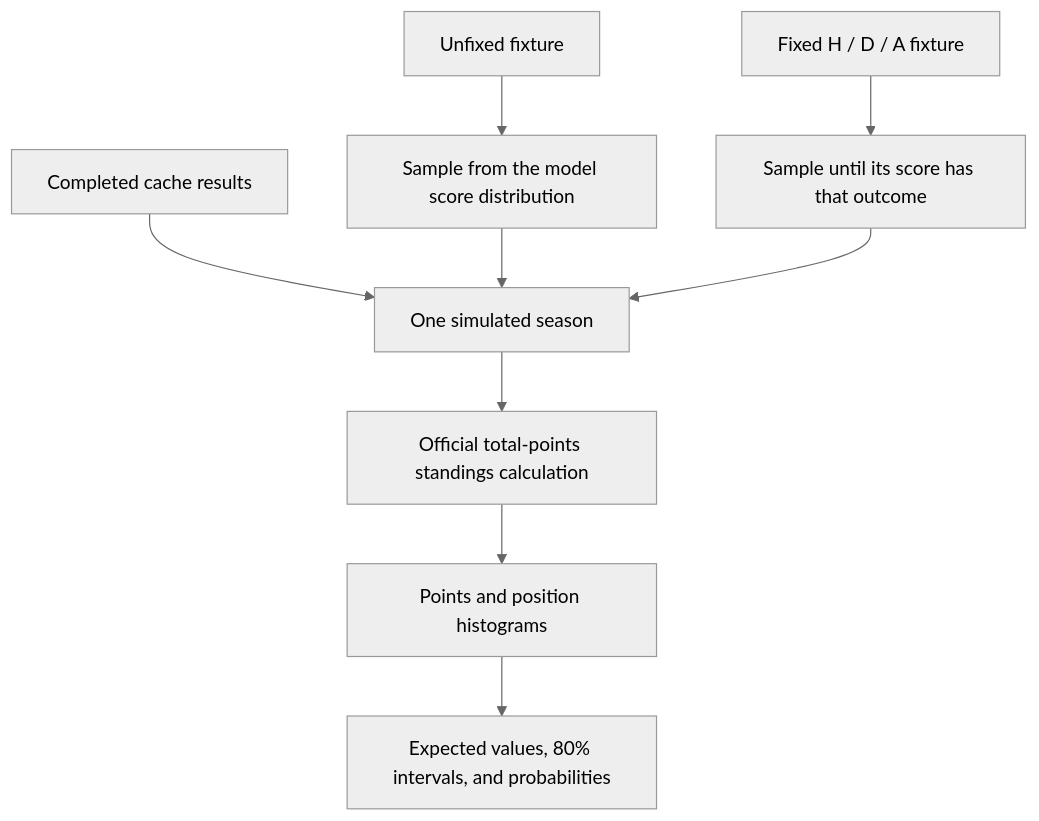
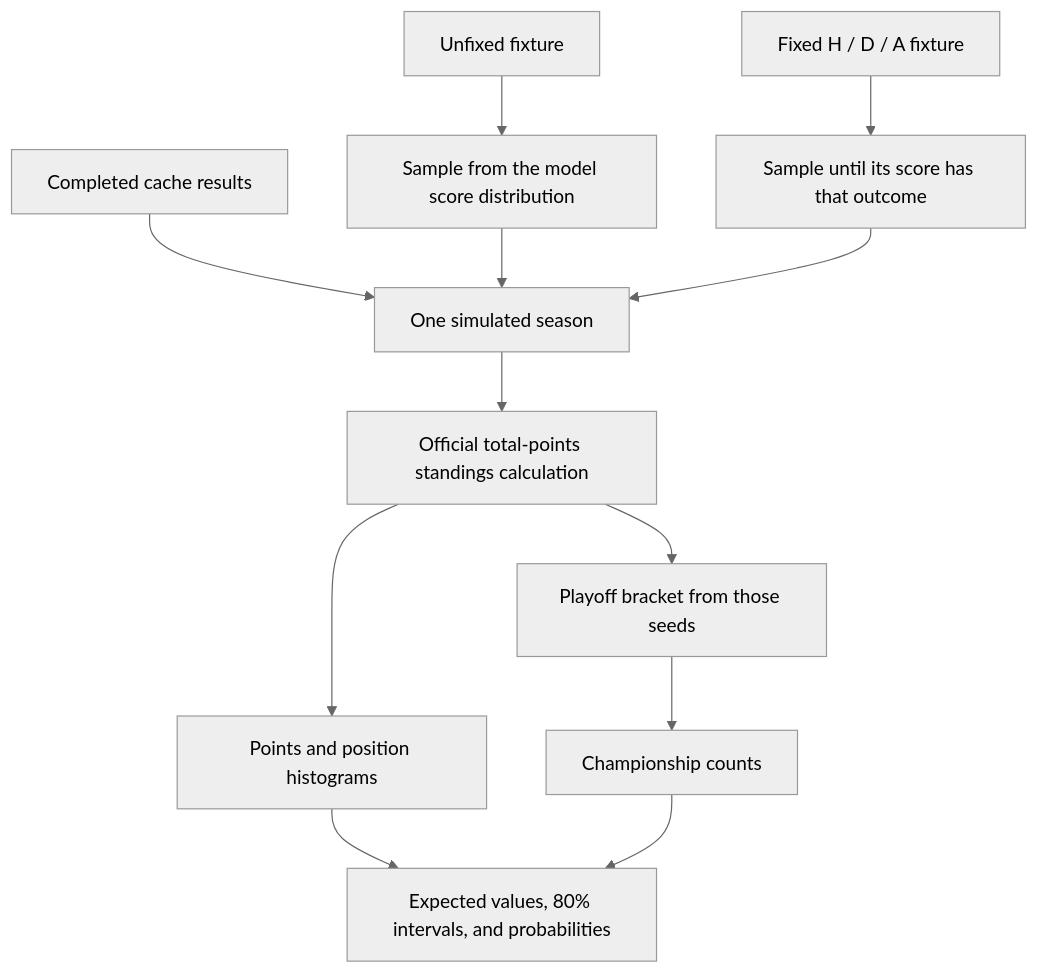
Before and after one commit to jrduncans/nwsl-season: the second of 2 diagrams in docs/forecast-lab-guide.md, drawn with Mermaid (neutral theme). The commit also changed other lines of this file and 12 other files, not shown here.

````diff
--- a/docs/forecast-lab-guide.md
+++ b/docs/forecast-lab-guide.md
@@ -239,11 +269,14 @@
 ```mermaid
 flowchart TD
     A["Completed cache results"] --> D["One simulated season"]
     B["Unfixed fixture"] --> C["Sample from the model score distribution"]
     E["Fixed H / D / A fixture"] --> F["Sample until its score has that outcome"]
     C --> D
     F --> D
     D --> G["Official total-points standings calculation"]
-    G --> H["Points and position histograms"]
-    H --> I["Expected values, 80% intervals, and probabilities"]
+    G --> H["Playoff bracket from those seeds"]
+    G --> I["Points and position histograms"]
+    H --> J["Championship counts"]
+    I --> K["Expected values, 80% intervals, and probabilities"]
+    J --> K
 ```
````
